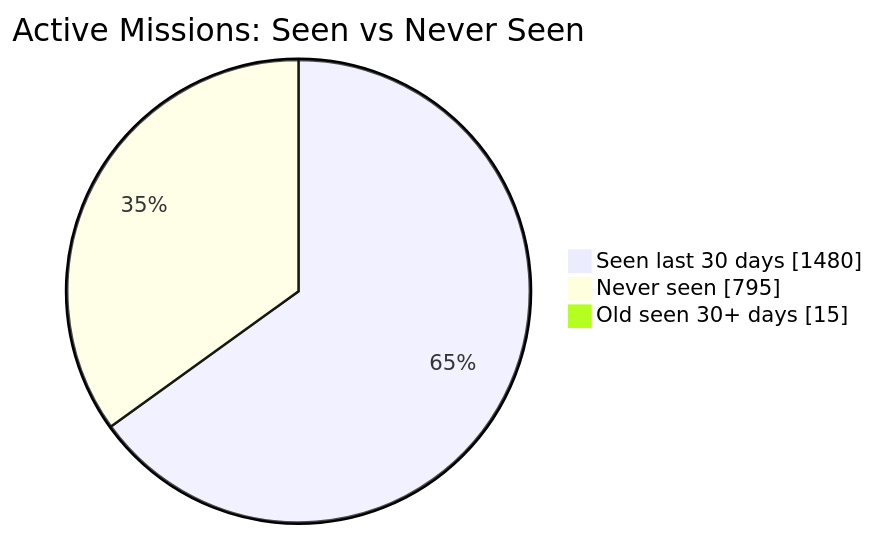
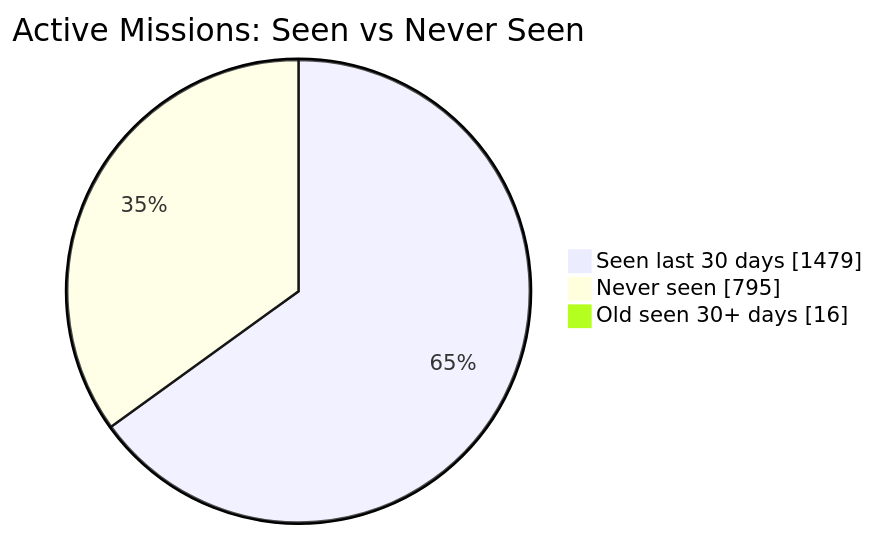
Before and after one commit to MeldkamerspelGameTeam/active-missions: the first of 2 diagrams in README.md, drawn with Mermaid. The commit also changed other lines of this file and 3 other files, not shown here.

````diff
--- a/README.md
+++ b/README.md
@@ -34,7 +34,7 @@
 ```mermaid
 pie showData
     title Active Missions: Seen vs Never Seen
-    "Seen last 30 days" : 1480
+    "Seen last 30 days" : 1479
     "Never seen" : 795
-    "Old seen 30+ days" : 15
+    "Old seen 30+ days" : 16
 ```
````
